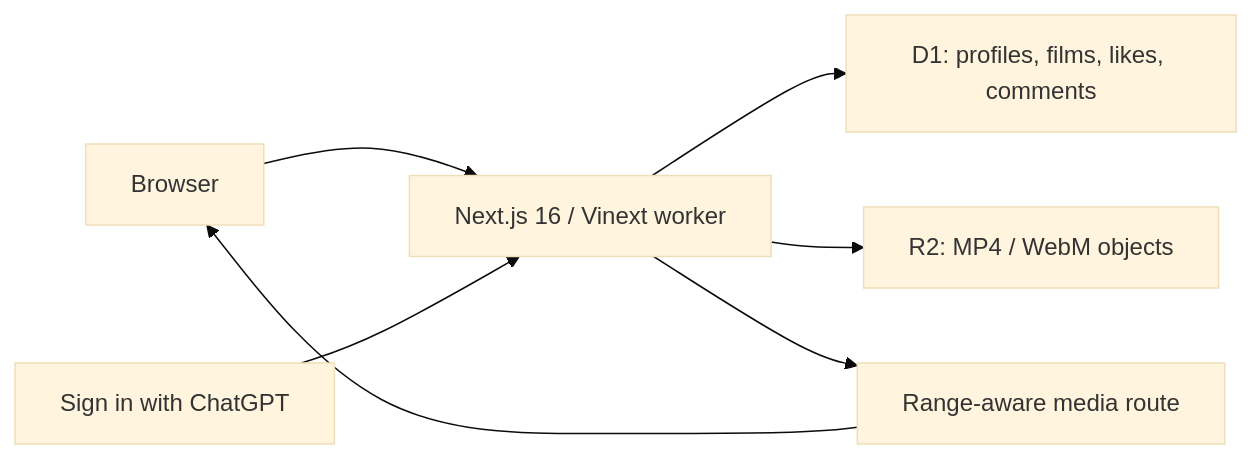
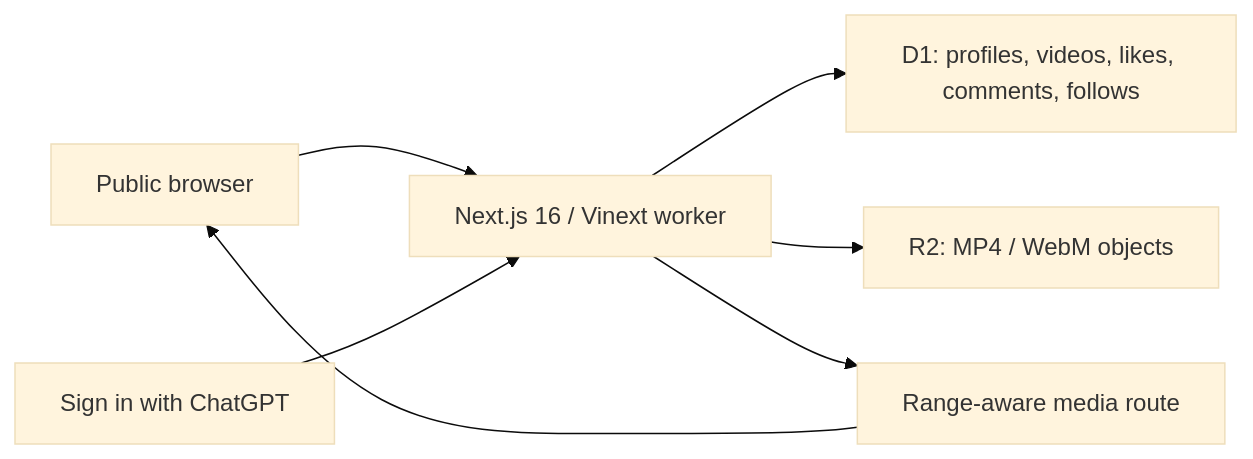
One commit to IamOumarIbrahim/pumblo changed the diagram in README.md. Above: the diagram before and after it, drawn with Mermaid (base theme). The commit also changed other lines of this file and 41 other files, not shown here.

````diff
--- a/README.md
+++ b/README.md
@@ -81,9 +83,9 @@
 ```mermaid
 flowchart LR
-    B["Browser"] --> W["Next.js 16 / Vinext worker"]
+    B["Public browser"] --> W["Next.js 16 / Vinext worker"]
     A["Sign in with ChatGPT"] --> W
-    W --> D["D1: profiles, films, likes, comments"]
+    W --> D["D1: profiles, videos, likes, comments, follows"]
     W --> R["R2: MP4 / WebM objects"]
     W --> M["Range-aware media route"]
     M --> B
 ```
````
